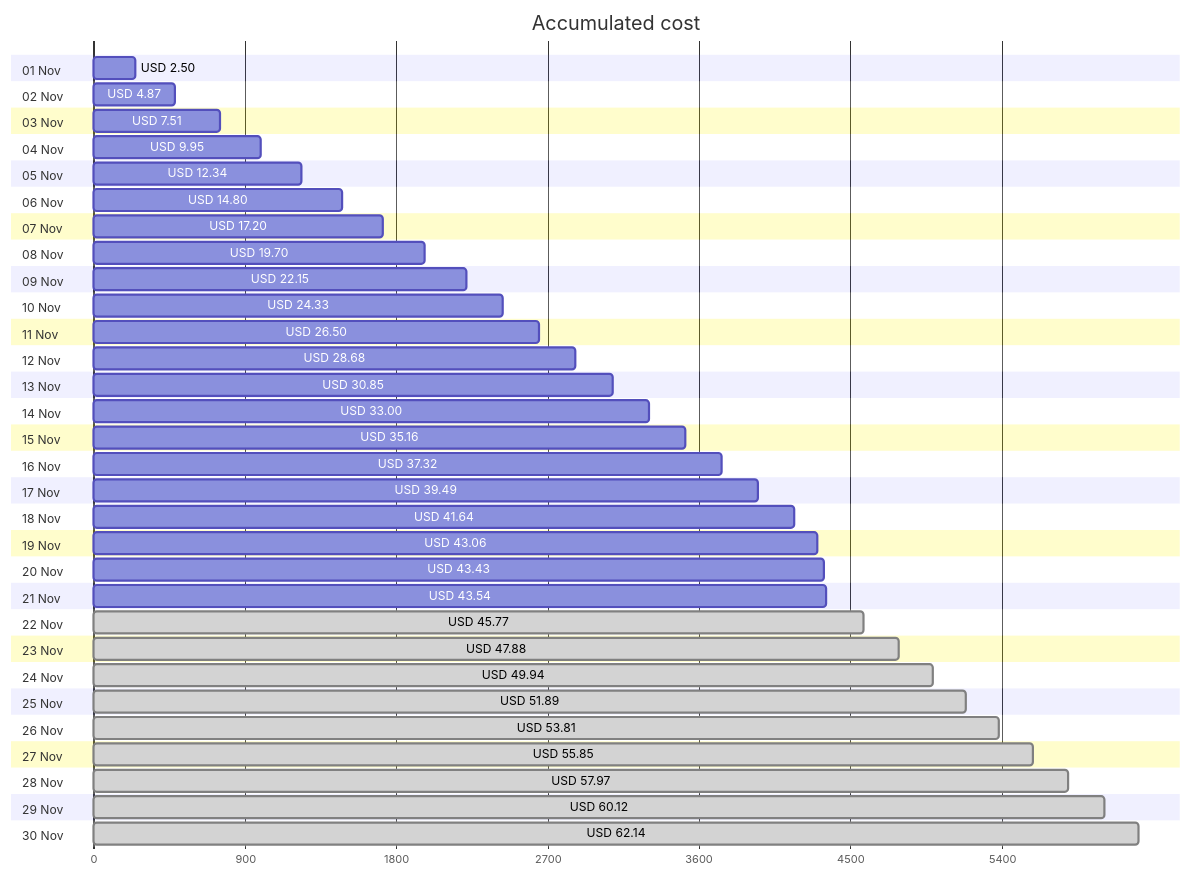
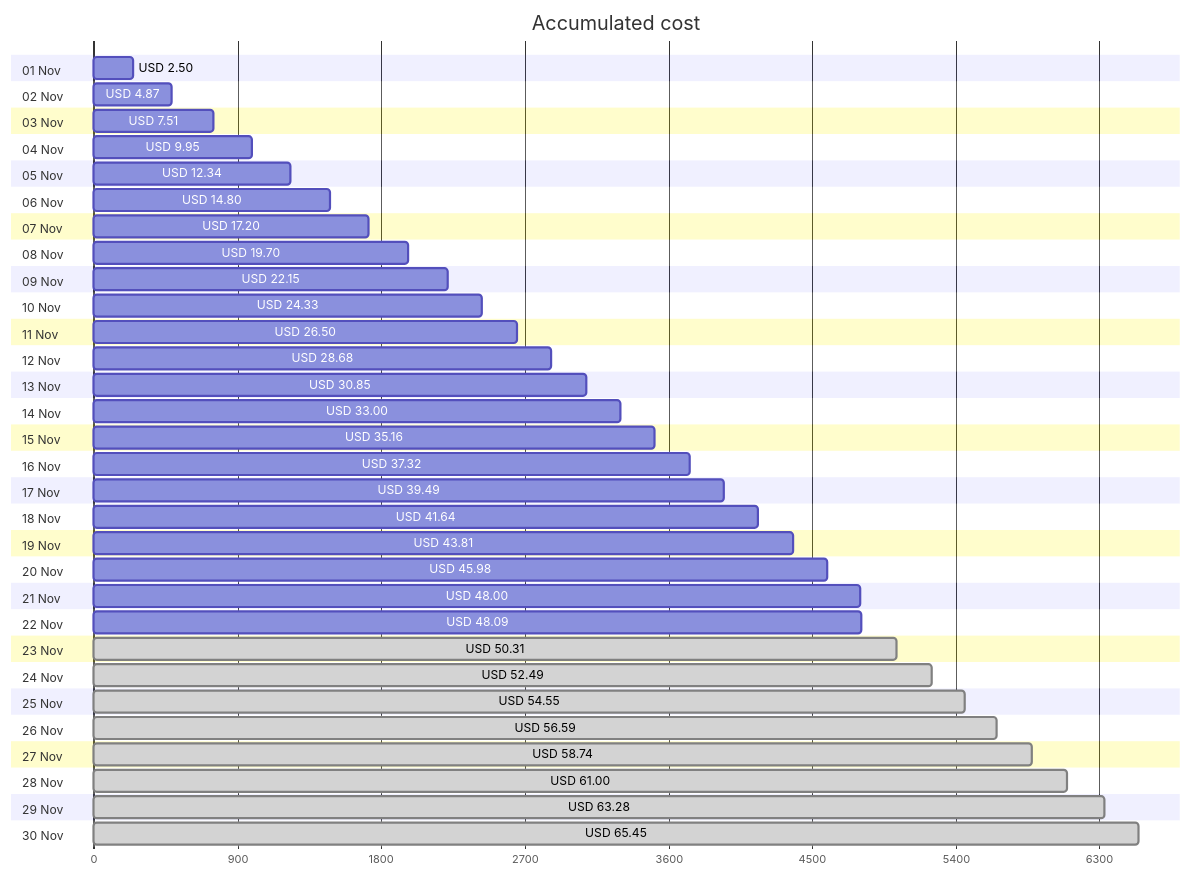
One commit to jpfulton/azure-personal-reports changed the first of 4 diagrams in cost-reports/accumulated-cost.md. Above: the diagram before and after it, drawn with Mermaid. The commit also changed other lines of this file and 4 other files, not shown here.

````diff
--- a/cost-reports/accumulated-cost.md
+++ b/cost-reports/accumulated-cost.md
@@ -20,66 +20,66 @@
 ```mermaid
 gantt
    title Accumulated cost
    dateFormat  X
    axisFormat %s
    section 01 Nov
    USD 2.50 :0, 250
    section 02 Nov
    USD 4.87 :0, 487
    section 03 Nov
    USD 7.51 :0, 751
    section 04 Nov
    USD 9.95 :0, 995
    section 05 Nov
    USD 12.34 :0, 1234
    section 06 Nov
    USD 14.80 :0, 1480
    section 07 Nov
    USD 17.20 :0, 1720
    section 08 Nov
    USD 19.70 :0, 1970
    section 09 Nov
    USD 22.15 :0, 2215
    section 10 Nov
    USD 24.33 :0, 2433
    section 11 Nov
    USD 26.50 :0, 2650
    section 12 Nov
    USD 28.68 :0, 2868
    section 13 Nov
    USD 30.85 :0, 3085
    section 14 Nov
    USD 33.00 :0, 3300
    section 15 Nov
    USD 35.16 :0, 3516
    section 16 Nov
    USD 37.32 :0, 3732
    section 17 Nov
    USD 39.49 :0, 3949
    section 18 Nov
    USD 41.64 :0, 4164
    section 19 Nov
-   USD 43.06 :0, 4306
+   USD 43.81 :0, 4381
    section 20 Nov
-   USD 43.43 :0, 4343
+   USD 45.98 :0, 4598
    section 21 Nov
-   USD 43.54 :0, 4354
+   USD 48.00 :0, 4800
    section 22 Nov
-   USD 45.77 : done, 0, 4577
+   USD 48.09 :0, 4809
    section 23 Nov
-   USD 47.88 : done, 0, 4788
+   USD 50.31 : done, 0, 5031
    section 24 Nov
-   USD 49.94 : done, 0, 4994
+   USD 52.49 : done, 0, 5249
    section 25 Nov
-   USD 51.89 : done, 0, 5189
+   USD 54.55 : done, 0, 5455
    section 26 Nov
-   USD 53.81 : done, 0, 5381
+   USD 56.59 : done, 0, 5659
    section 27 Nov
-   USD 55.85 : done, 0, 5585
+   USD 58.74 : done, 0, 5874
    section 28 Nov
-   USD 57.97 : done, 0, 5797
+   USD 61.00 : done, 0, 6100
    section 29 Nov
-   USD 60.12 : done, 0, 6012
+   USD 63.28 : done, 0, 6328
    section 30 Nov
-   USD 62.14 : done, 0, 6214
+   USD 65.45 : done, 0, 6545
 ```
````
